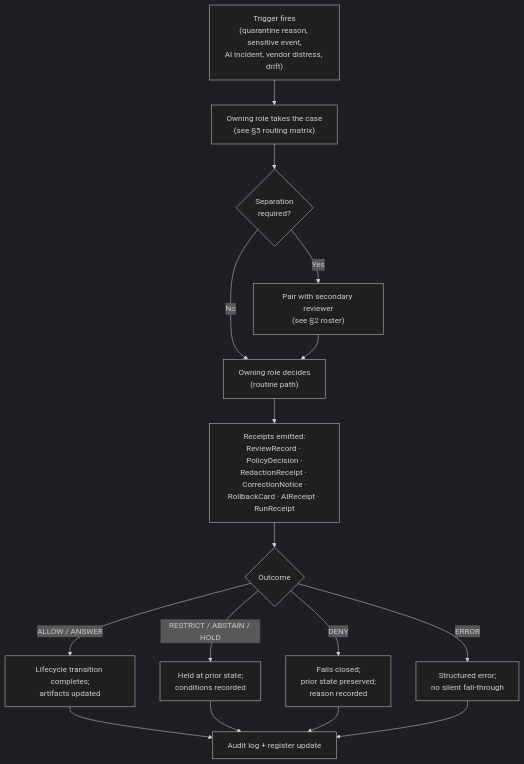
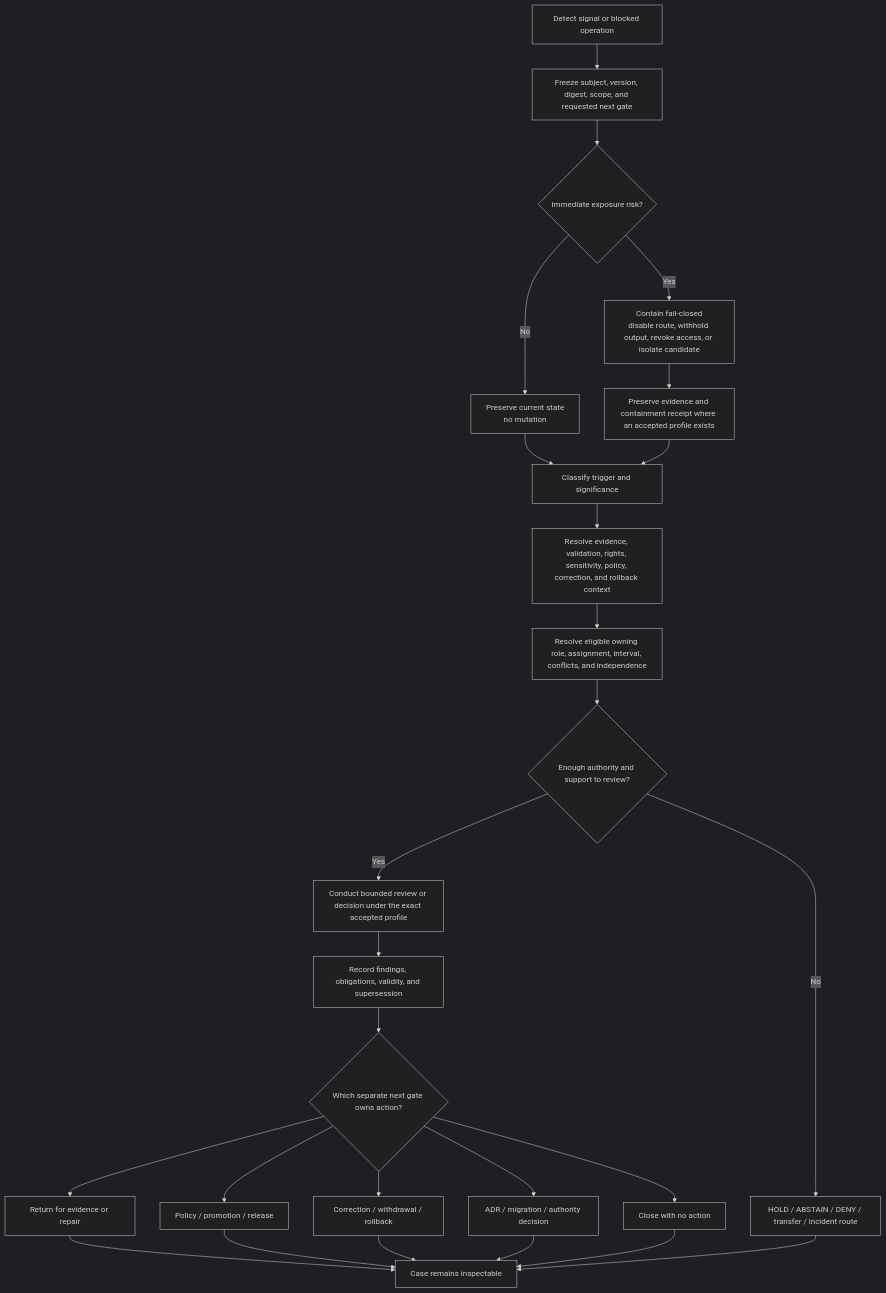
The diagram in docs/governance/ESCALATION.md (bartytime4life/Kansas-Frontier-Matrix), drawn with Mermaid (dark theme) before and after one commit. The commit also changed other lines of this file, not shown here.

````diff
--- a/docs/governance/ESCALATION.md
+++ b/docs/governance/ESCALATION.md
@@ -159,18 +277,28 @@
 ```mermaid
 flowchart TD
-    T["Trigger fires<br/>(quarantine reason, sensitive event,<br/>AI incident, vendor distress, drift)"] --> O["Owning role takes the case<br/>(see §5 routing matrix)"]
-    O --> S{"Separation<br/>required?"}
-    S -->|"No"| D["Owning role decides<br/>(routine path)"]
-    S -->|"Yes"| P["Pair with secondary reviewer<br/>(see §2 roster)"]
-    P --> D
-    D --> R["Receipts emitted:<br/>ReviewRecord · PolicyDecision ·<br/>RedactionReceipt · CorrectionNotice ·<br/>RollbackCard · AIReceipt · RunReceipt"]
-    R --> X{"Outcome"}
-    X -->|"ALLOW / ANSWER"| C["Lifecycle transition completes;<br/>artifacts updated"]
-    X -->|"RESTRICT / ABSTAIN / HOLD"| H["Held at prior state;<br/>conditions recorded"]
-    X -->|"DENY"| F["Fails closed;<br/>prior state preserved;<br/>reason recorded"]
-    X -->|"ERROR"| E["Structured error;<br/>no silent fall-through"]
-    C --> AU["Audit log + register update"]
-    H --> AU
-    F --> AU
-    E --> AU
+    A["Detect signal or blocked operation"] --> B["Freeze subject, version, digest, scope, and requested next gate"]
+    B --> C{"Immediate exposure risk?"}
+    C -->|"Yes"| D["Contain fail-closed<br/>disable route, withhold output, revoke access, or isolate candidate"]
+    C -->|"No"| E["Preserve current state<br/>no mutation"]
+    D --> F["Preserve evidence and containment receipt where an accepted profile exists"]
+    E --> G["Classify trigger and significance"]
+    F --> G
+    G --> H["Resolve evidence, validation, rights, sensitivity, policy, correction, and rollback context"]
+    H --> I["Resolve eligible owning role, assignment, interval, conflicts, and independence"]
+    I --> J{"Enough authority and support to review?"}
+    J -->|"No"| K["HOLD / ABSTAIN / DENY / transfer / incident route"]
+    J -->|"Yes"| L["Conduct bounded review or decision under the exact accepted profile"]
+    L --> M["Record findings, obligations, validity, and supersession"]
+    M --> N{"Which separate next gate owns action?"}
+    N --> O["Return for evidence or repair"]
+    N --> P["Policy / promotion / release"]
+    N --> Q["Correction / withdrawal / rollback"]
+    N --> R["ADR / migration / authority decision"]
+    N --> S["Close with no action"]
+    O --> T["Case remains inspectable"]
+    P --> T
+    Q --> T
+    R --> T
+    S --> T
+    K --> T
 ```
````
